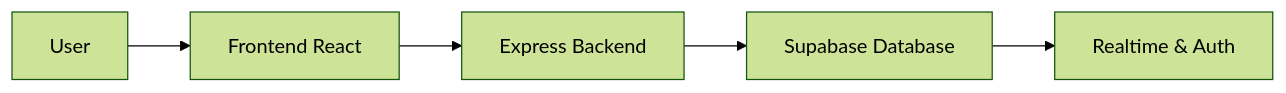
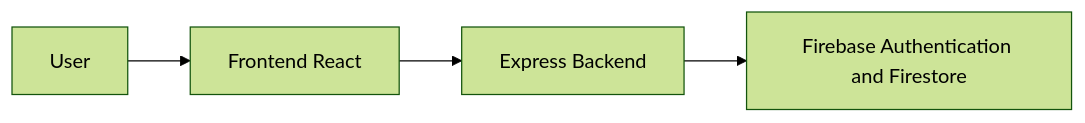
The first of 4 diagrams in docs/project-report.md (rashmiranjanrout2005-eng/LifeLink), drawn with Mermaid (forest theme) before and after one commit. The commit also changed other lines of this file and 63 other files, not shown here.

Commit message:
Replace Supabase with Firebase

````diff
--- a/docs/project-report.md
+++ b/docs/project-report.md
@@ -72,7 +72,6 @@
 ```mermaid
 flowchart LR
 A[User] --> B[Frontend React]
 B --> C[Express Backend]
-C --> D[Supabase Database]
-D --> E[Realtime & Auth]
+C --> D[Firebase Authentication and Firestore]
 ```
````
